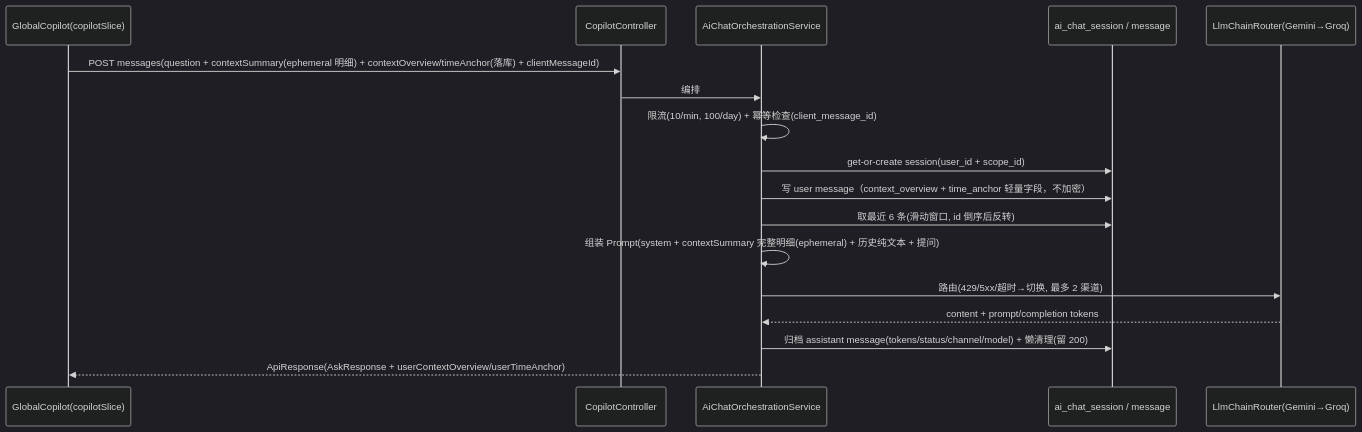
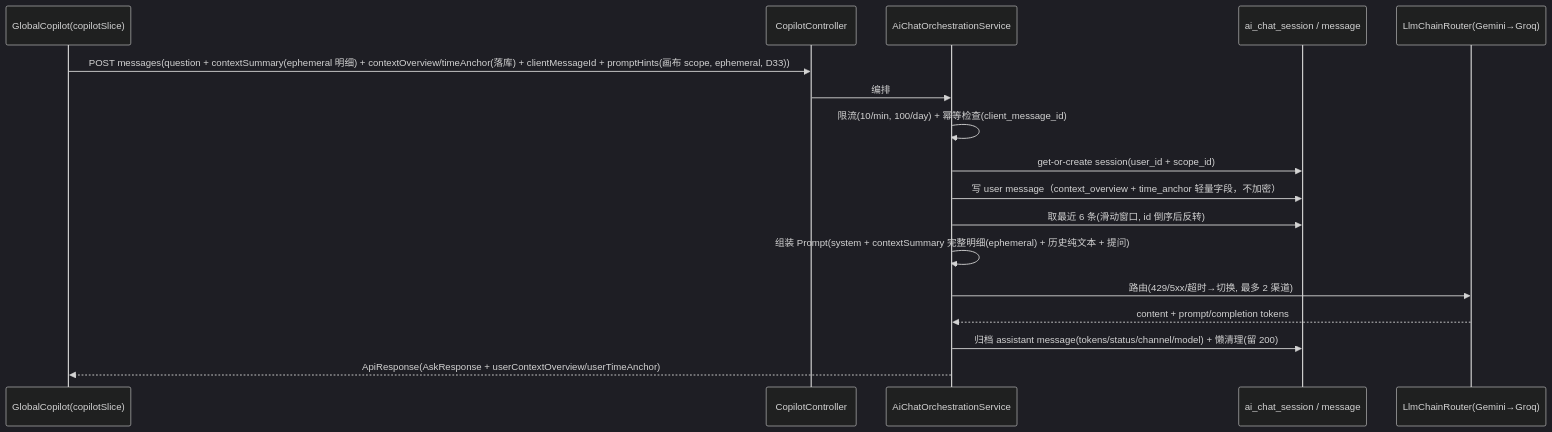
One commit to loveheng/stock-calculator changed the third of 3 diagrams in docs/copilot-spec.md. Above: the diagram before and after it, drawn with Mermaid (dark theme). The commit also changed other lines of this file and 50 other files, not shown here.

````diff
--- a/docs/copilot-spec.md
+++ b/docs/copilot-spec.md
@@ -201,19 +207,19 @@
 ```mermaid
 sequenceDiagram
     participant FE as GlobalCopilot(copilotSlice)
     participant API as CopilotController
     participant ORC as AiChatOrchestrationService
     participant DB as ai_chat_session / message
     participant LLM as LlmChainRouter(Gemini→Groq)
-    FE->>API: POST messages(question + contextSummary(ephemeral 明细) + contextOverview/timeAnchor(落库) + clientMessageId)
+    FE->>API: POST messages(question + contextSummary(ephemeral 明细) + contextOverview/timeAnchor(落库) + clientMessageId + promptHints(画布 scope, ephemeral, D33))
     API->>ORC: 编排
     ORC->>ORC: 限流(10/min, 100/day) + 幂等检查(client_message_id)
     ORC->>DB: get-or-create session(user_id + scope_id)
     ORC->>DB: 写 user message（context_overview + time_anchor 轻量字段，不加密）
     ORC->>DB: 取最近 6 条(滑动窗口, id 倒序后反转)
     ORC->>ORC: 组装 Prompt(system + contextSummary 完整明细(ephemeral) + 历史纯文本 + 提问)
     ORC->>LLM: 路由(429/5xx/超时→切换, 最多 2 渠道)
     LLM-->>ORC: content + prompt/completion tokens
     ORC->>DB: 归档 assistant message(tokens/status/channel/model) + 懒清理(留 200)
     ORC-->>FE: ApiResponse(AskResponse + userContextOverview/userTimeAnchor)
 ```
````
